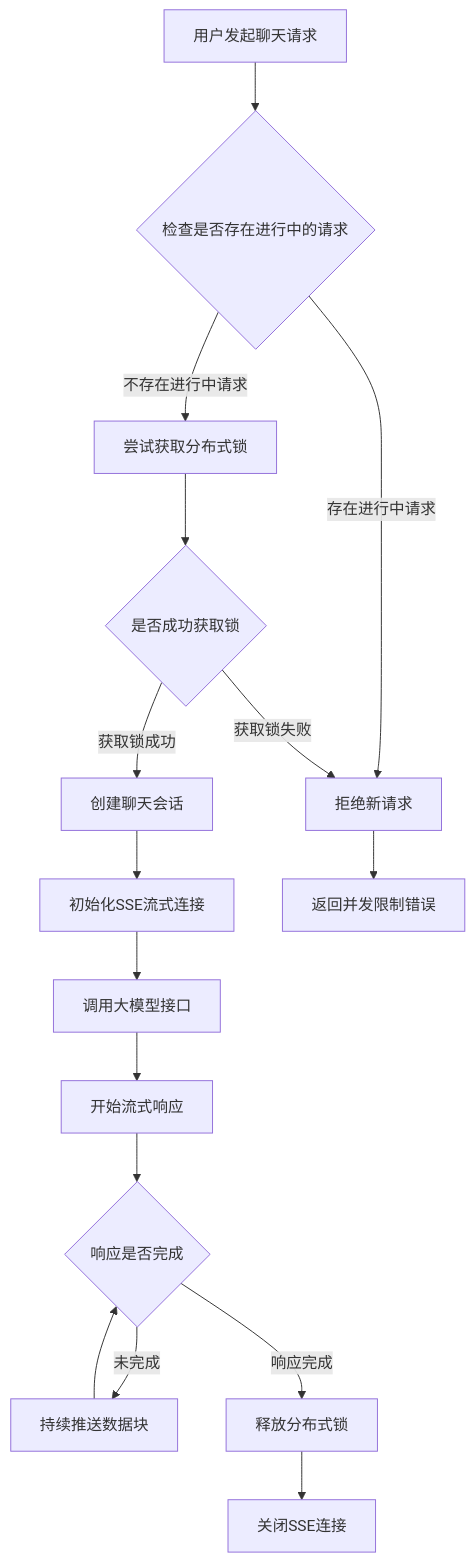
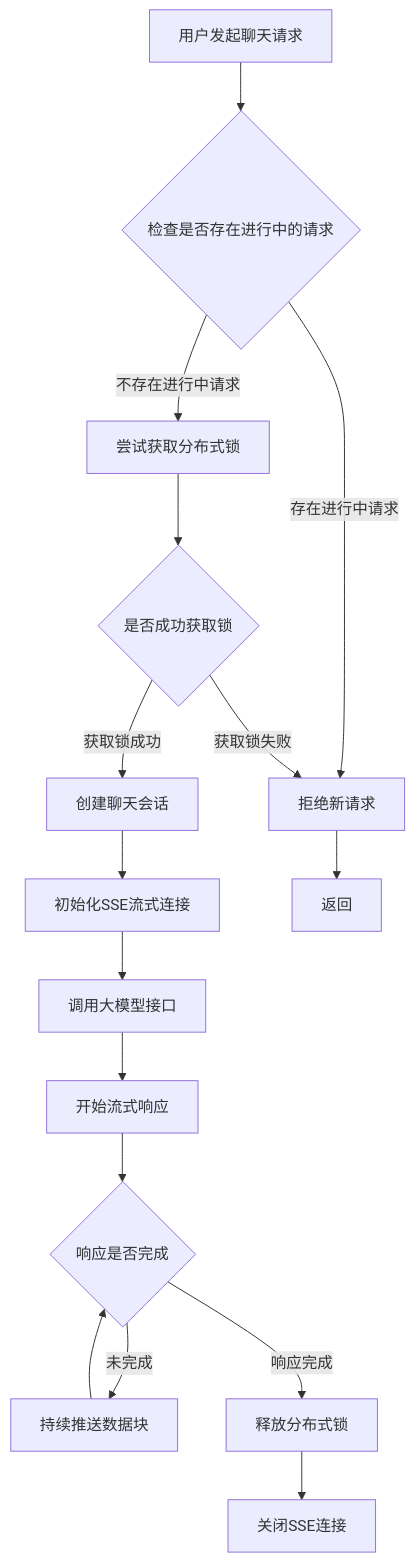
The diagram in all/chat单用户单请求-15.md (yingjianzh/iodraw-files), drawn with Mermaid before and after one commit.

Commit message:
2025-01-02 17:00:07 update

````diff
--- a/all/chat单用户单请求-15.md
+++ b/all/chat单用户单请求-15.md
@@ -1,23 +1,23 @@
 ```mermaid
 flowchart TD
     A[用户发起聊天请求] --> B{检查是否存在进行中的请求}
     B -->|存在进行中请求| C[拒绝新请求]
     B -->|不存在进行中请求| D[尝试获取分布式锁]
     
     D --> E{是否成功获取锁}
     E -->|获取锁成功| F[创建聊天会话]
     E -->|获取锁失败| C
     
     F --> G[初始化SSE流式连接]
     G --> H[调用大模型接口]
     H --> I[开始流式响应]
     
     I --> J{响应是否完成}
     J -->|未完成| K[持续推送数据块]
     K --> J
     
     J -->|响应完成| L[释放分布式锁]
     L --> M[关闭SSE连接]
     
-    C --> N[返回并发限制错误]
+    C --> N[返回]
 ```
````
